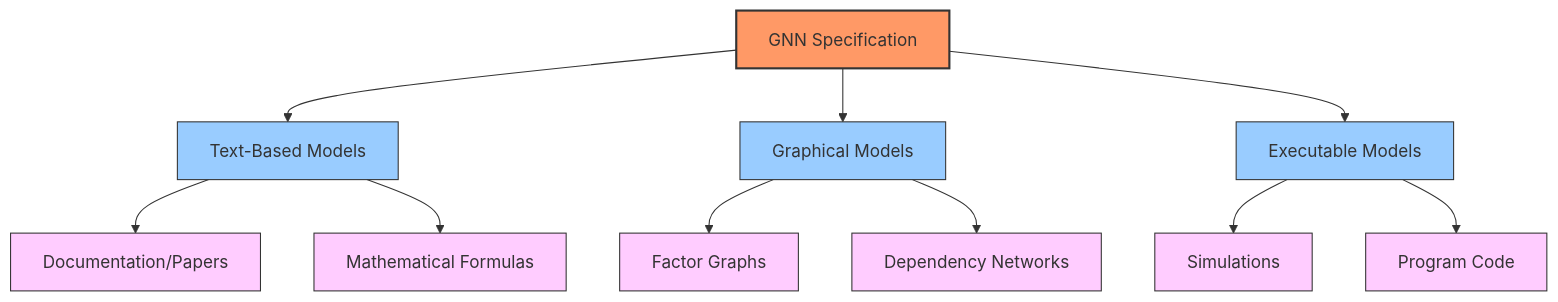
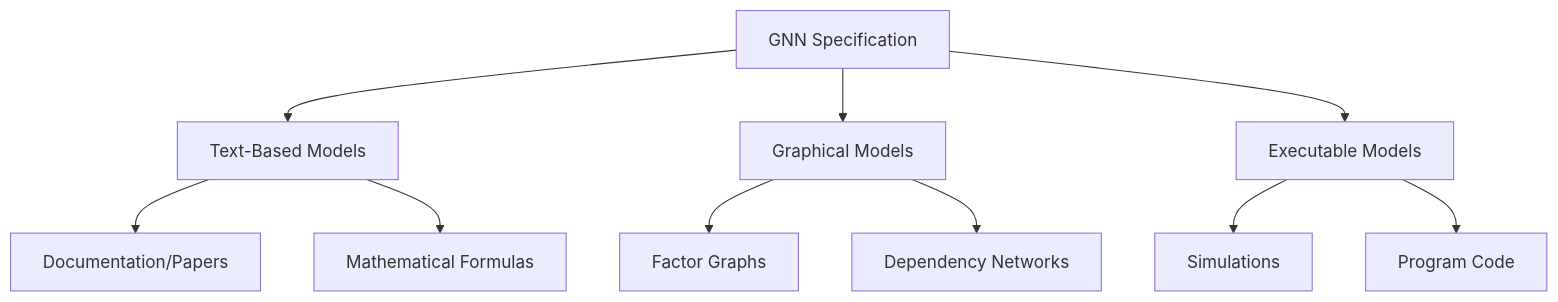
The third of 4 diagrams in doc/gnn/gnn_overview.md (ActiveInferenceInstitute/GeneralizedNotationNotation), drawn with Mermaid before and after one commit. The commit also changed other lines of this file and 1845 other files, not shown here.

````diff
--- a/doc/gnn/gnn_overview.md
+++ b/doc/gnn/gnn_overview.md
@@ -108,23 +102,15 @@
 ```mermaid
 graph TB
     GNN[GNN Specification] --> TXT[Text-Based Models]
     GNN --> GRAPH[Graphical Models]
     GNN --> EXEC[Executable Models]
     
     TXT --> DOCS[Documentation/Papers]
     TXT --> MATH[Mathematical Formulas]
     
     GRAPH --> FG[Factor Graphs]
     GRAPH --> DEP[Dependency Networks]
     
     EXEC --> SIM[Simulations]
     EXEC --> CODE[Program Code]
-    
-    classDef primary fill:#f96,stroke:#333,stroke-width:2px;
-    classDef secondary fill:#9cf,stroke:#333,stroke-width:1px;
-    classDef tertiary fill:#fcf,stroke:#333,stroke-width:1px;
-    
-    class GNN primary;
-    class TXT,GRAPH,EXEC secondary;
-    class DOCS,MATH,FG,DEP,SIM,CODE tertiary;
 ```
````
